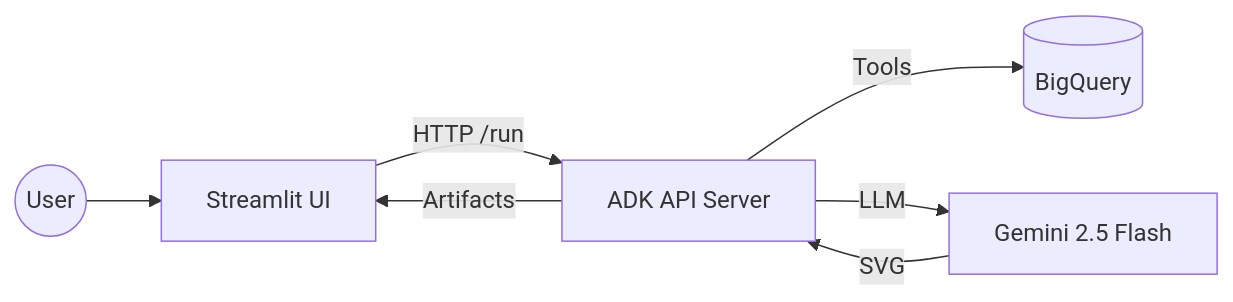
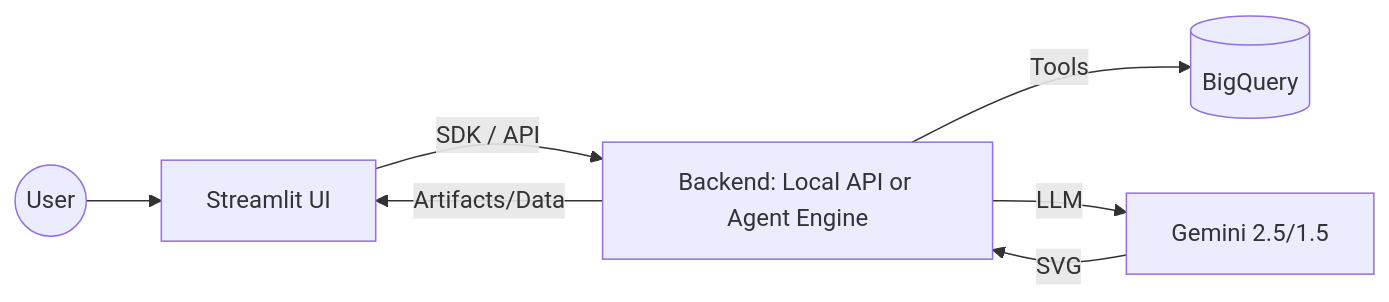
The diagram in README.md (Rahulraj31/BigQuery-Data-Agent-via-Adk), drawn with Mermaid before and after one commit. The commit also changed other lines of this file and 8 other files, not shown here.

````diff
--- a/README.md
+++ b/README.md
@@ -21,9 +23,9 @@
 ```mermaid
 graph LR
     User((User)) --> Streamlit[Streamlit UI]
-    Streamlit -- HTTP /run --> API[ADK API Server]
-    API -- Tools --> BQ[(BigQuery)]
-    API -- LLM --> Gemini[Gemini 2.5 Flash]
-    Gemini -- SVG --> API
-    API -- Artifacts --> Streamlit
+    Streamlit -- SDK / API --> Backend[Backend: Local API or Agent Engine]
+    Backend -- Tools --> BQ[(BigQuery)]
+    Backend -- LLM --> Gemini[Gemini 2.5/1.5]
+    Gemini -- SVG --> Backend
+    Backend -- Artifacts/Data --> Streamlit
 ```
````
